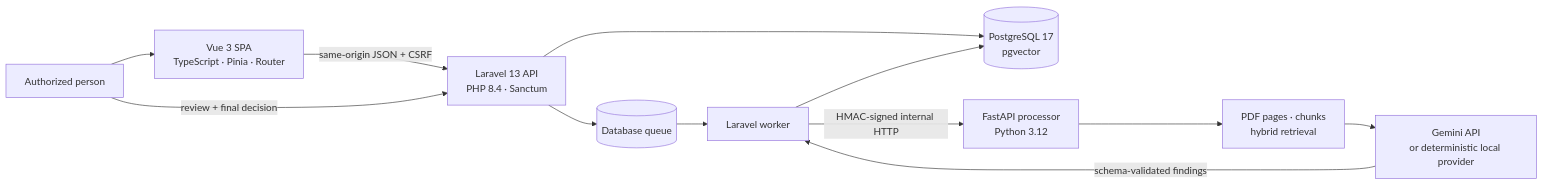
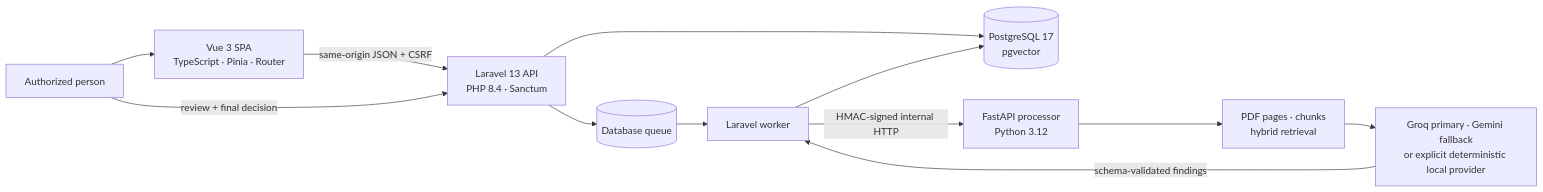
One commit to Hugueninfer/complyflow-ai changed the first of 2 diagrams in README.md. Above: the diagram before and after it, drawn with Mermaid. The commit also changed other lines of this file and 19 other files, not shown here.

Commit message:
feat(ai): add Groq primary with Gemini fallback

````diff
--- a/README.md
+++ b/README.md
@@ -133,14 +133,14 @@
 ```mermaid
 flowchart LR
     Human[Authorized person] --> Vue[Vue 3 SPA<br/>TypeScript · Pinia · Router]
     Vue -->|same-origin JSON + CSRF| Laravel[Laravel 13 API<br/>PHP 8.4 · Sanctum]
     Laravel --> PostgreSQL[(PostgreSQL 17<br/>pgvector)]
     Laravel --> Queue[(Database queue)]
     Queue --> Worker[Laravel worker]
     Worker -->|HMAC-signed internal HTTP| FastAPI[FastAPI processor<br/>Python 3.12]
     FastAPI --> Pipeline[PDF pages · chunks<br/>hybrid retrieval]
-    Pipeline --> Provider[Gemini API<br/>or deterministic local provider]
+    Pipeline --> Provider[Groq primary · Gemini fallback<br/>or explicit deterministic local provider]
     Provider -->|schema-validated findings| Worker
     Worker --> PostgreSQL
     Human -->|review + final decision| Laravel
 ```
````
